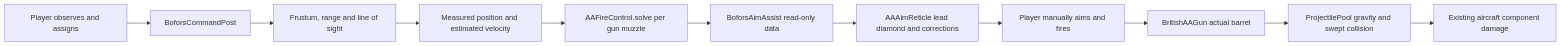
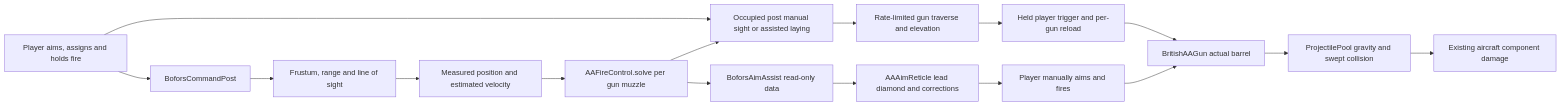
Before and after one commit to zelenski3398/codexproj1: the diagram in docs/bofors-command-post.md, drawn with Mermaid. The commit also changed other lines of this file and 5 other files, not shown here.

````diff
--- a/docs/bofors-command-post.md
+++ b/docs/bofors-command-post.md
@@ -45,13 +49,18 @@
 ```mermaid
 flowchart LR
-    P[Player observes and assigns] --> O[BoforsCommandPost]
+    P[Player aims, assigns and holds fire] --> O[BoforsCommandPost]
     O --> V[Frustum, range and line of sight]
     V --> T[Measured position and estimated velocity]
     T --> S[AAFireControl.solve per gun muzzle]
+    P --> C[Occupied post manual sight or assisted laying]
+    S --> C
+    C --> L[Rate-limited gun traverse and elevation]
+    L --> F[Held player trigger and per-gun reload]
+    F --> G
     S --> D[BoforsAimAssist read-only data]
     D --> H[AAAimReticle lead diamond and corrections]
     H --> M[Player manually aims and fires]
     M --> G[BritishAAGun actual barrel]
     G --> R[ProjectilePool gravity and swept collision]
     R --> A[Existing aircraft component damage]
 ```
````
